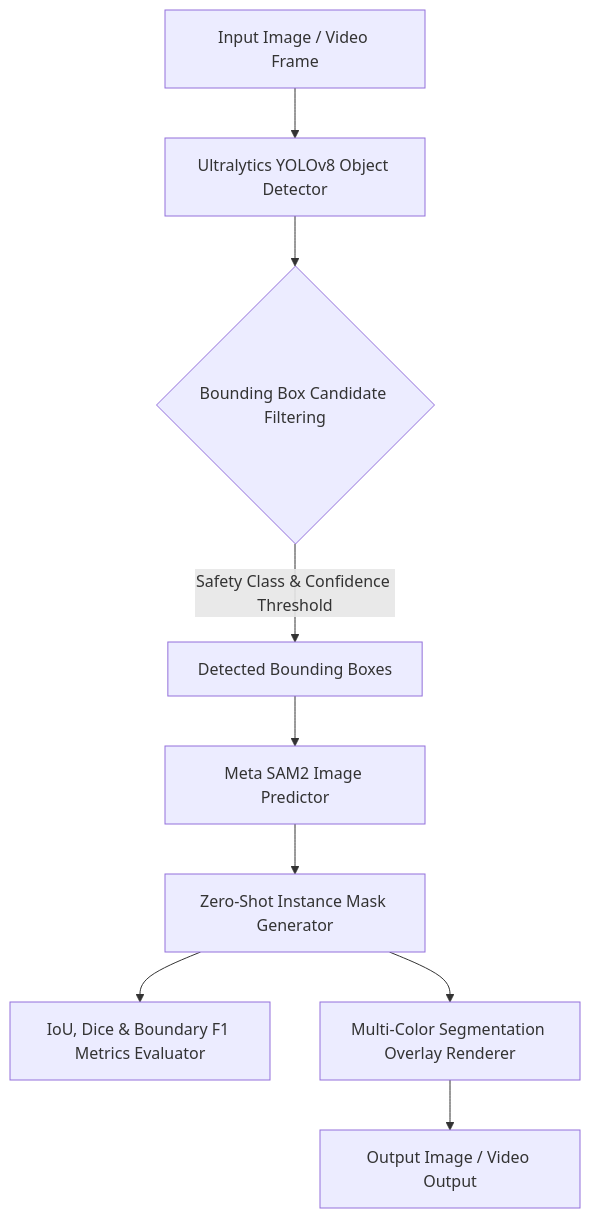
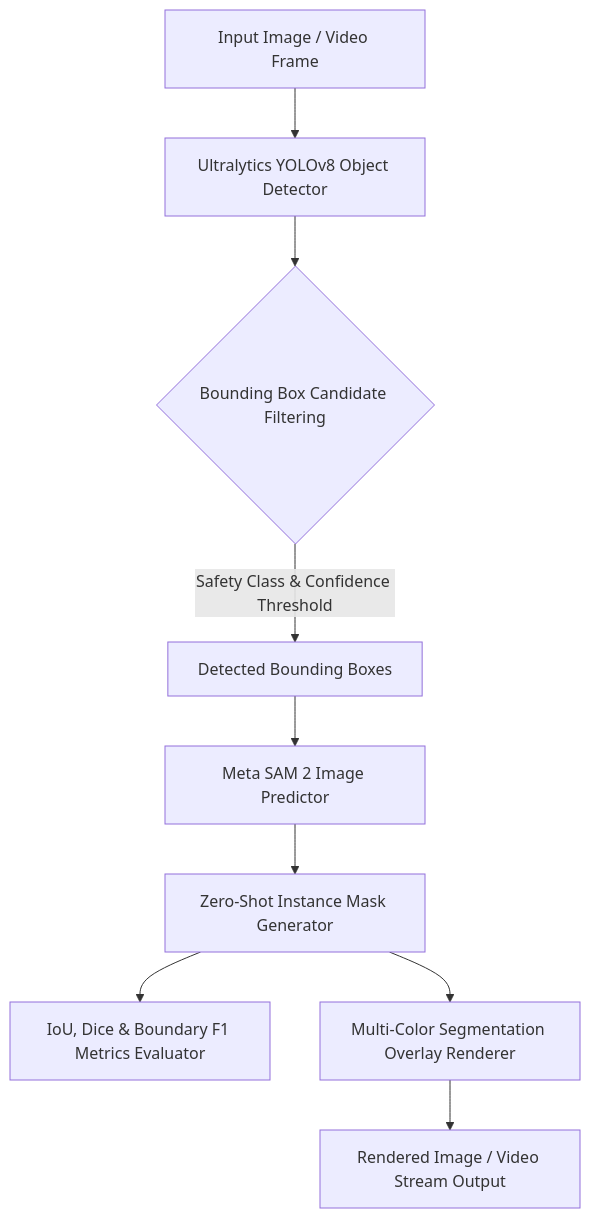
Before and after one commit to shivangisrivastava013/SAM2-Image-Segmentation: the diagram in README.md, drawn with Mermaid. The commit also changed other lines of this file, not shown here.

````diff
--- a/README.md
+++ b/README.md
@@ -23,11 +34,11 @@
 ```mermaid
 flowchart TD
     A["Input Image / Video Frame"] --> B["Ultralytics YOLOv8 Object Detector"]
     B --> C{"Bounding Box Candidate Filtering"}
     C -->|"Safety Class & Confidence Threshold"| D["Detected Bounding Boxes"]
-    D --> E["Meta SAM2 Image Predictor"]
+    D --> E["Meta SAM 2 Image Predictor"]
     E --> F["Zero-Shot Instance Mask Generator"]
     F --> G["IoU, Dice & Boundary F1 Metrics Evaluator"]
     F --> H["Multi-Color Segmentation Overlay Renderer"]
-    H --> I["Output Image / Video Output"]
+    H --> I["Rendered Image / Video Stream Output"]
 ```
````
